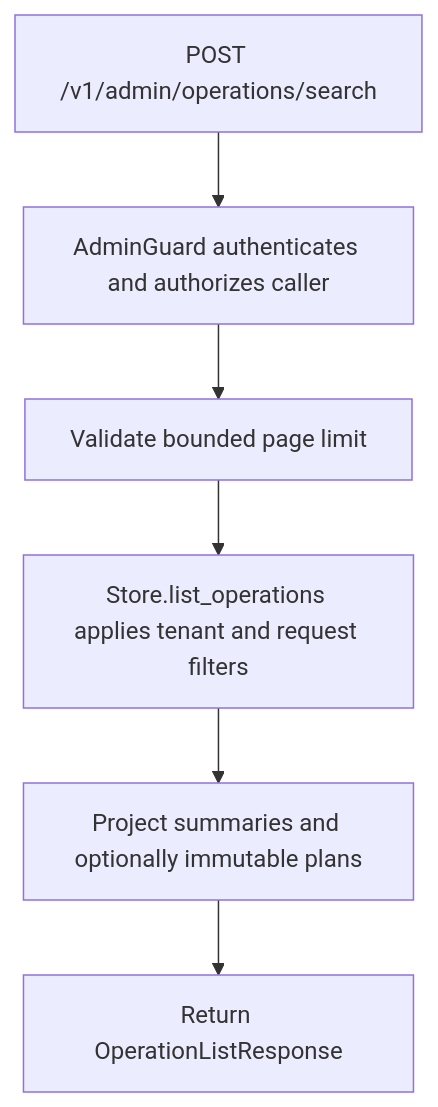
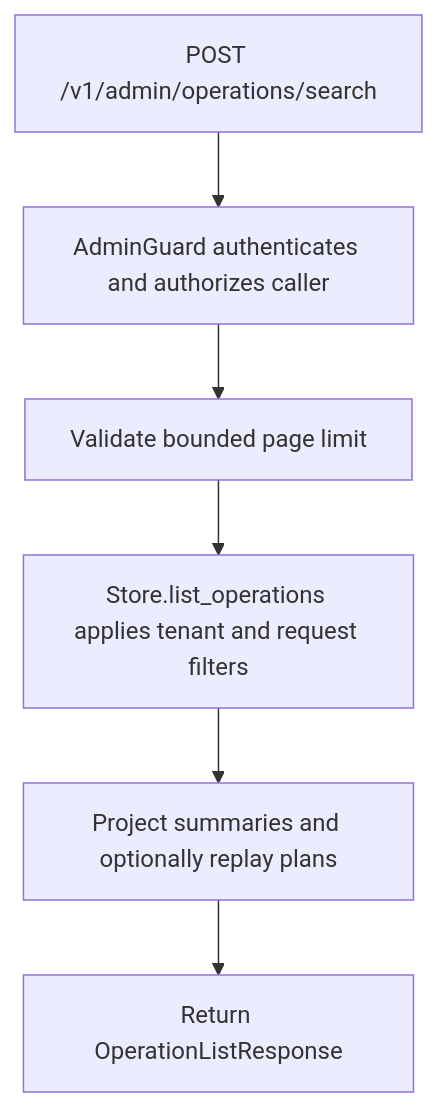
Before and after one commit to dickwu/nowledge: the diagram in doc/api/post_v1_admin_operations_search.md, drawn with Mermaid. The commit also changed other lines of this file and 7 other files, not shown here.

````diff
--- a/doc/api/post_v1_admin_operations_search.md
+++ b/doc/api/post_v1_admin_operations_search.md
@@ -46,14 +46,14 @@
 ```mermaid
 flowchart TD
   n0["POST /v1/admin/operations/search"]
   n1["AdminGuard authenticates and authorizes caller"]
   n2["Validate bounded page limit"]
   n3["Store.list_operations applies tenant and request filters"]
-  n4["Project summaries and optionally immutable plans"]
+  n4["Project summaries and optionally replay plans"]
   n5["Return OperationListResponse"]
   n0 --> n1
   n1 --> n2
   n2 --> n3
   n3 --> n4
   n4 --> n5
 ```
````
